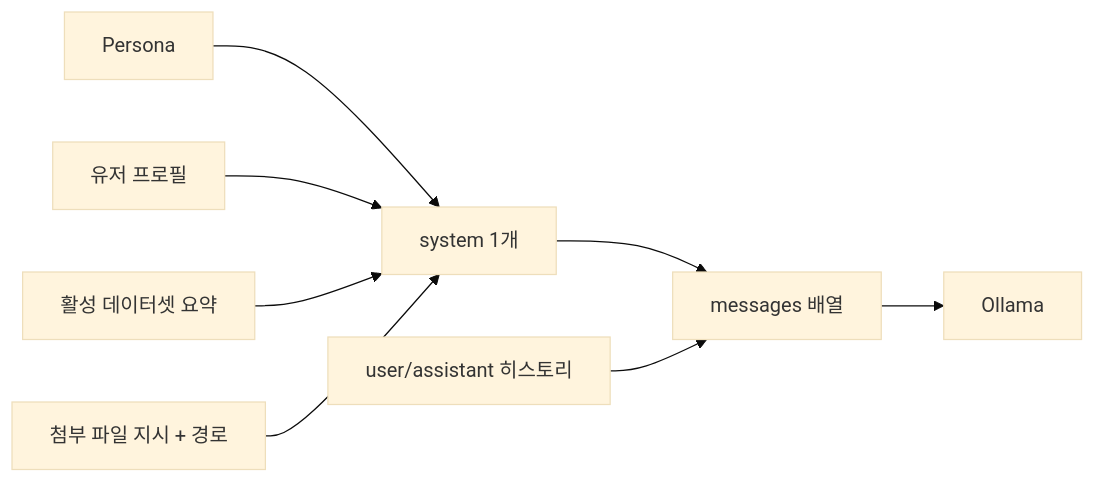
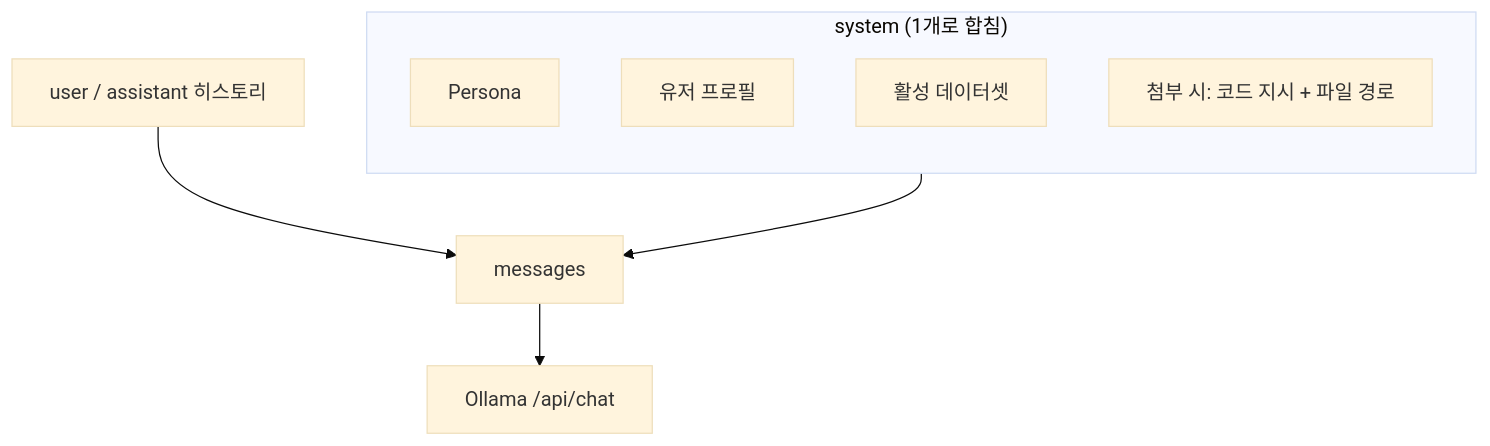
One commit to sumin-ma-1/basic-sw-tech-sm changed the fifth of 7 diagrams in README.md. Above: the diagram before and after it, drawn with Mermaid (base theme). The commit also changed other lines of this file, not shown here.

````diff
--- a/README.md
+++ b/README.md
@@ -74,10 +139,14 @@
 ```mermaid
-flowchart LR
-    P[Persona] --> S[system 1개]
-    U[유저 프로필] --> S
-    D[활성 데이터셋 요약] --> S
-    F[첨부 파일 지시 + 경로] --> S
-    S --> M[messages 배열]
-    H[user/assistant 히스토리] --> M
-    M --> O[Ollama]
+flowchart TB
+    subgraph SYS["system (1개로 합침)"]
+        direction TB
+        P[Persona]
+        U[유저 프로필]
+        D[활성 데이터셋]
+        F[첨부 시: 코드 지시 + 파일 경로]
+    end
+
+    H[user / assistant 히스토리] --> MSG[messages]
+    SYS --> MSG
+    MSG --> API[Ollama /api/chat]
 ```
````
